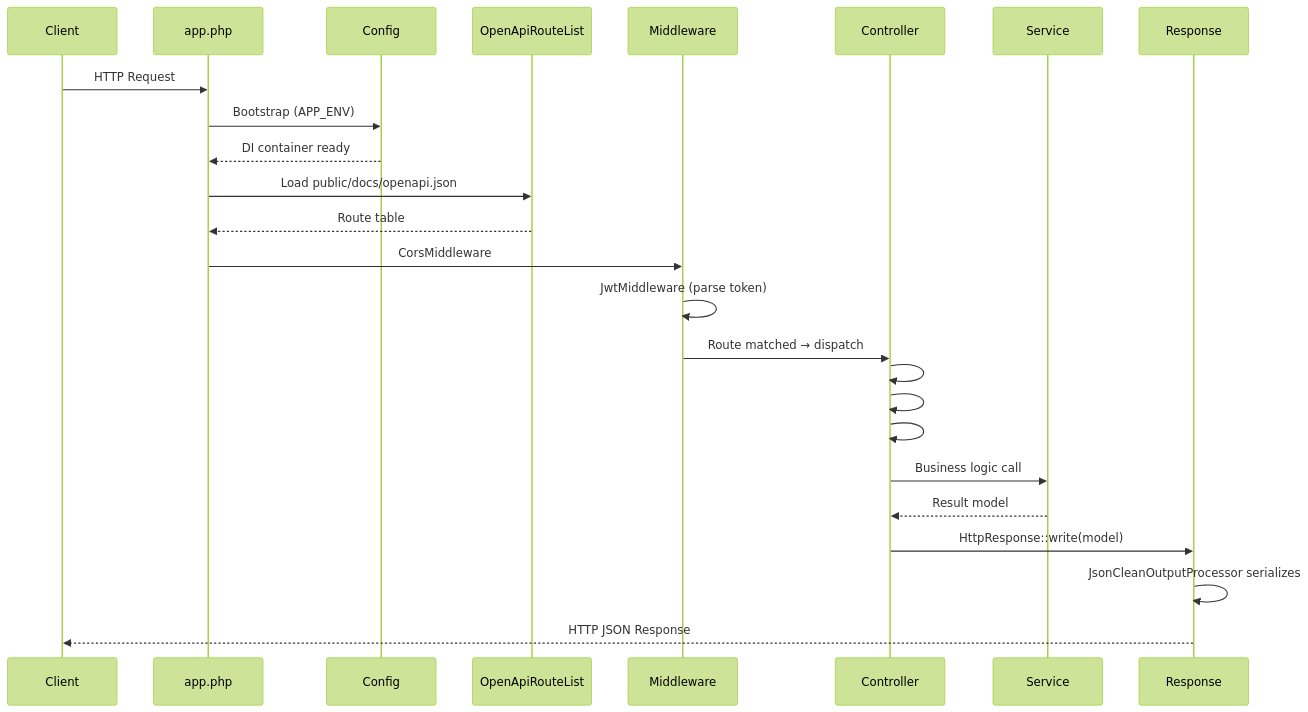
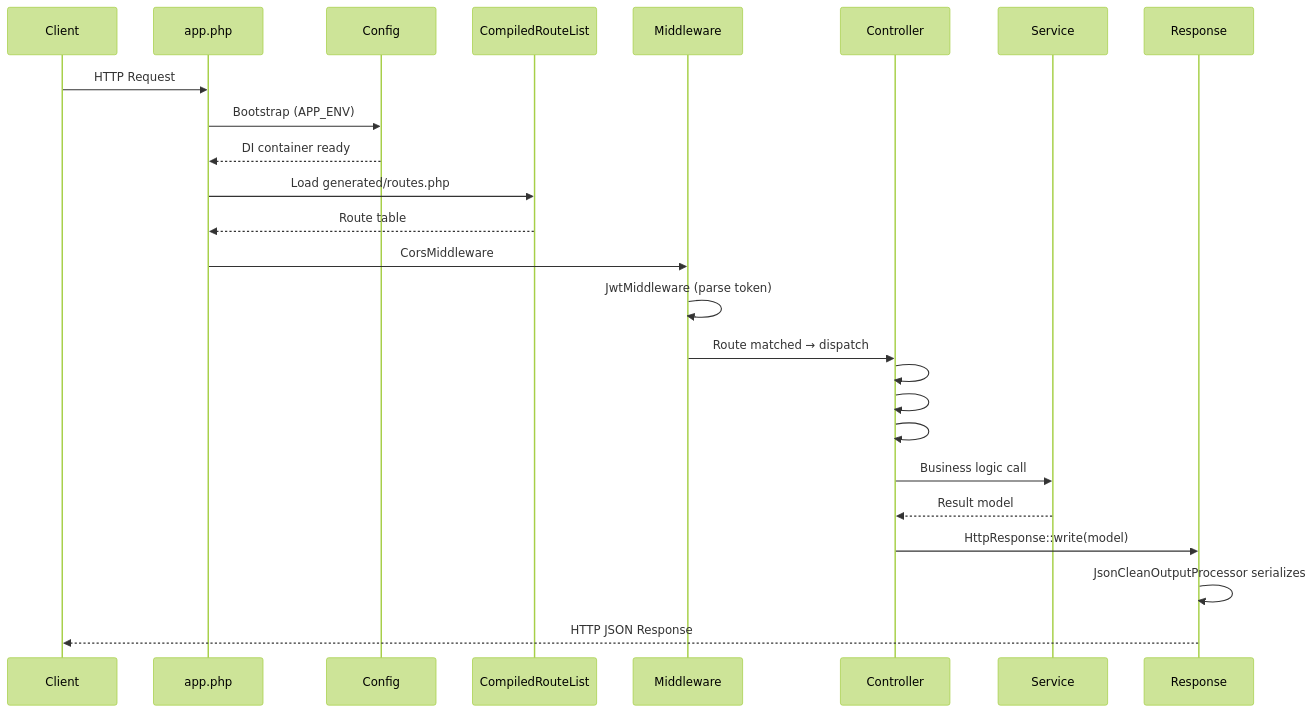
One commit to byjg/php-gluo changed the diagram in docs/concepts/request-lifecycle.md. Above: the diagram before and after it, drawn with Mermaid (forest theme). The commit also changed other lines of this file and 11 other files, not shown here.

First line of the commit message:
Compiled routes and spec in generated/; container cached as PHP files

````diff
--- a/docs/concepts/request-lifecycle.md
+++ b/docs/concepts/request-lifecycle.md
@@ -14,28 +14,28 @@
 ```mermaid
 sequenceDiagram
     participant Client
     participant app.php
     participant Config
-    participant OpenApiRouteList
+    participant CompiledRouteList
     participant Middleware
     participant Controller
     participant Service
     participant Response
 
     Client->>app.php: HTTP Request
     app.php->>Config: Bootstrap (APP_ENV)
     Config-->>app.php: DI container ready
-    app.php->>OpenApiRouteList: Load public/docs/openapi.json
-    OpenApiRouteList-->>app.php: Route table
+    app.php->>CompiledRouteList: Load generated/routes.php
+    CompiledRouteList-->>app.php: Route table
     app.php->>Middleware: CorsMiddleware
     Middleware->>Middleware: JwtMiddleware (parse token)
     Middleware->>Controller: Route matched → dispatch
     Controller->>Controller: #[RequireAuthenticated] check
     Controller->>Controller: #[RequireRole] check
     Controller->>Controller: #[ValidateRequest] check
     Controller->>Service: Business logic call
     Service-->>Controller: Result model
     Controller->>Response: HttpResponse::write(model)
     Response->>Response: JsonCleanOutputProcessor serializes
     Response-->>Client: HTTP JSON Response
 ```
````
